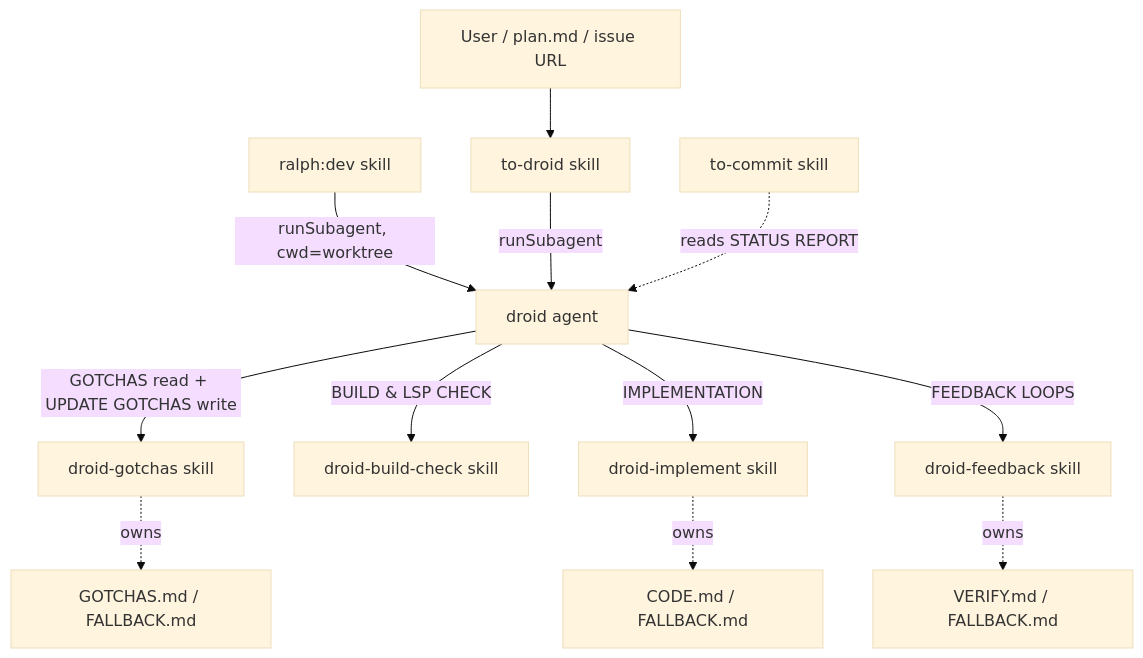
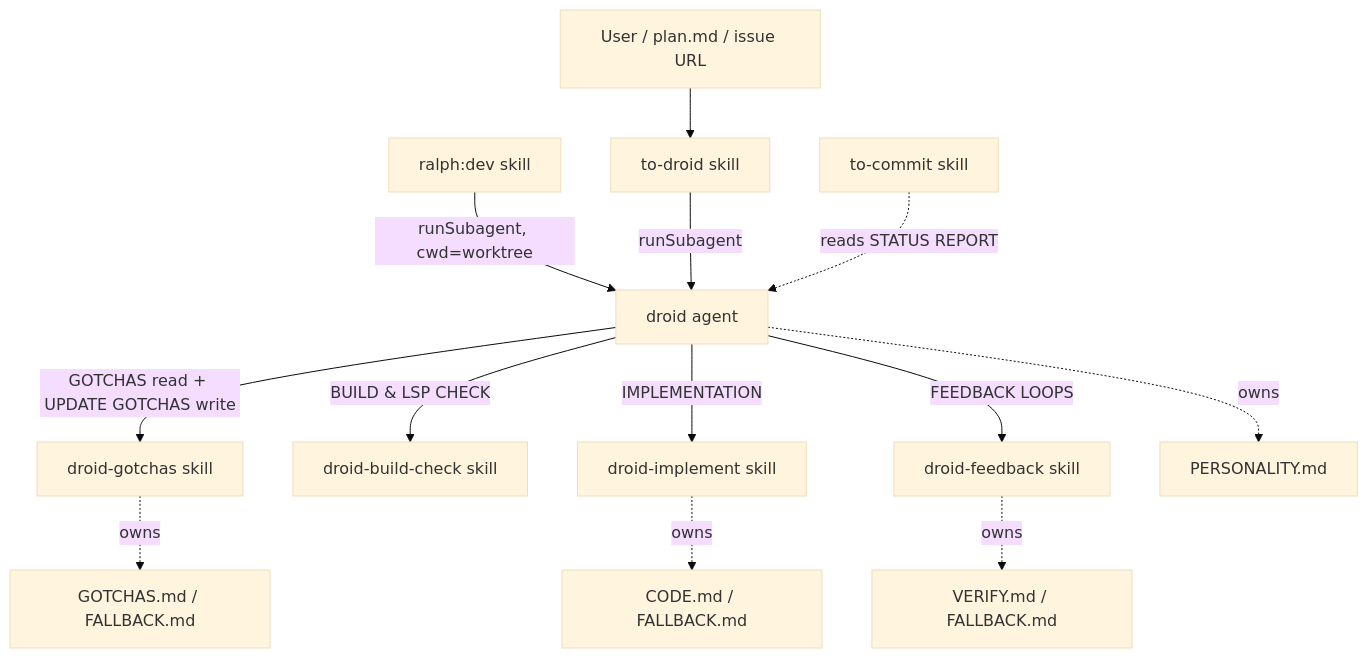
The first of 2 diagrams in plugins/droid/README.md (antshc/brain), drawn with Mermaid (base theme) before and after one commit. The commit also changed other lines of this file and 6 other files, not shown here.

````diff
--- a/plugins/droid/README.md
+++ b/plugins/droid/README.md
@@ -24,15 +24,16 @@
 ```mermaid
 graph TD
     U[User / plan.md / issue URL] --> TD[to-droid skill]
     DEV[ralph:dev skill] -->|runSubagent, cwd=worktree| AG
     TD -->|runSubagent| AG[droid agent]
     AG -->|GOTCHAS read + UPDATE GOTCHAS write| GOT[droid-gotchas skill]
     AG -->|BUILD & LSP CHECK| BC[droid-build-check skill]
     AG -->|IMPLEMENTATION| IMP[droid-implement skill]
     AG -->|FEEDBACK LOOPS| FB[droid-feedback skill]
     TC[to-commit skill] -.->|reads STATUS REPORT| AG
 
     GOT -.owns.-> DOCS[GOTCHAS.md / FALLBACK.md]
     IMP -.owns.-> CODE[CODE.md / FALLBACK.md]
     FB -.owns.-> VERIFY[VERIFY.md / FALLBACK.md]
+    AG -.owns.-> PERSONALITY[PERSONALITY.md]
 ```
````
